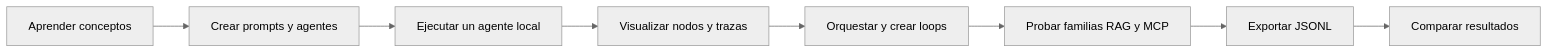
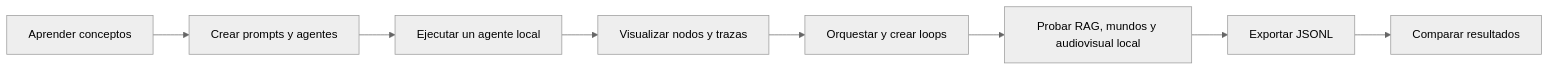
Before and after one commit to Cristrva1/BL_Loops: the diagram in README.md, drawn with Mermaid (neutral theme). The commit also changed other lines of this file and 366 other files, not shown here.

````diff
--- a/README.md
+++ b/README.md
@@ -13,10 +16,10 @@
 ```mermaid
 flowchart LR
     A[Aprender conceptos] --> B[Crear prompts y agentes]
     B --> C[Ejecutar un agente local]
     C --> D[Visualizar nodos y trazas]
     D --> E[Orquestar y crear loops]
-    E --> F[Probar familias RAG y MCP]
+    E --> F[Probar RAG, mundos y audiovisual local]
     F --> G[Exportar JSONL]
     G --> H[Comparar resultados]
 ```
````
